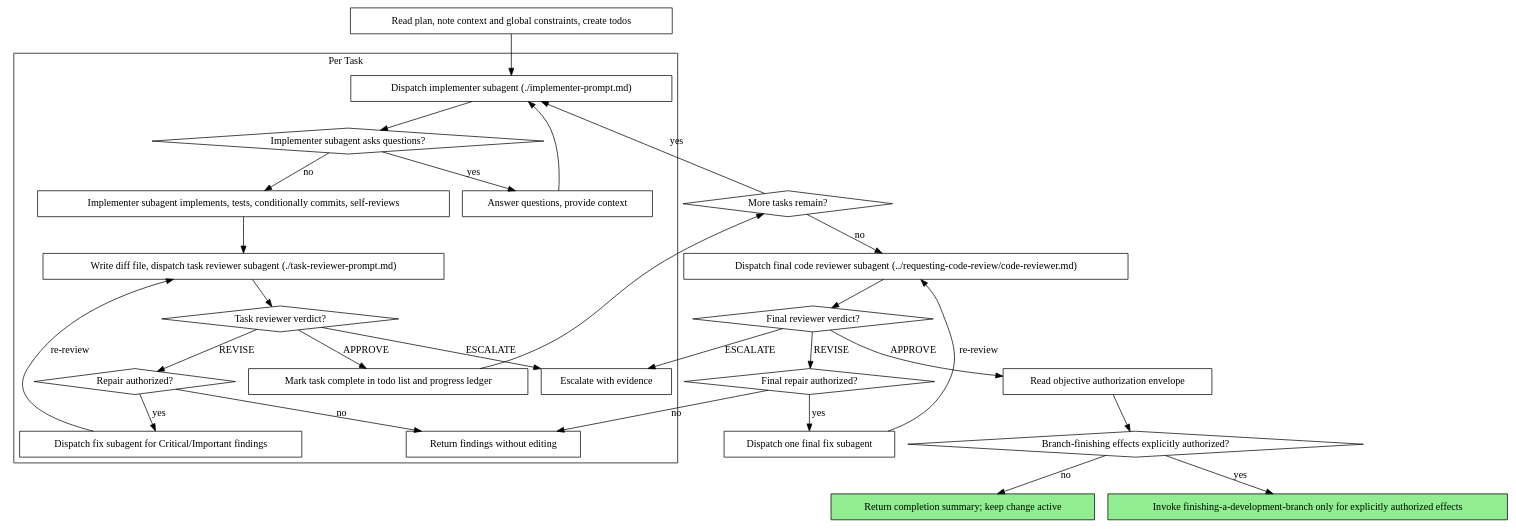
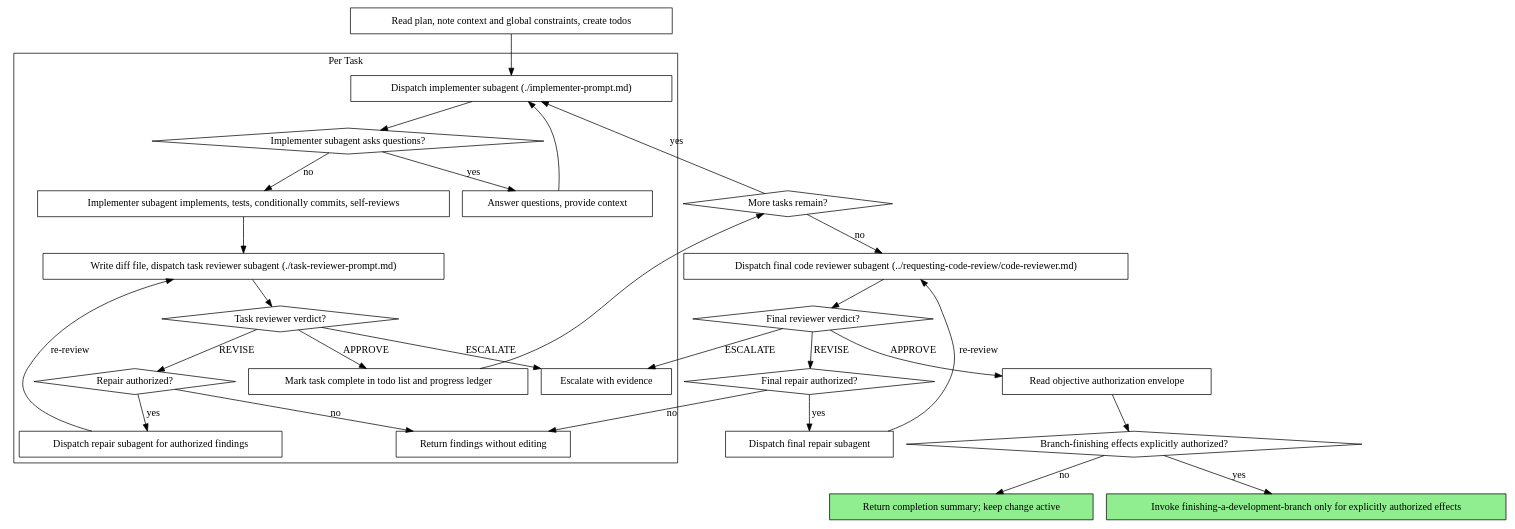
One commit to asjayli/Forgevia changed the second of 2 diagrams in assets/claude/superpowers/skills/subagent-driven-development/SKILL.md. Above: the diagram before and after it, drawn with Graphviz. The commit also changed other lines of this file and 55 other files, not shown here.

````diff
--- a/assets/claude/superpowers/skills/subagent-driven-development/SKILL.md
+++ b/assets/claude/superpowers/skills/subagent-driven-development/SKILL.md
@@ -47,58 +57,58 @@
 ```dot
 digraph process {
     rankdir=TB;
 
     subgraph cluster_per_task {
         label="Per Task";
         "Dispatch implementer subagent (./implementer-prompt.md)" [shape=box];
         "Implementer subagent asks questions?" [shape=diamond];
         "Answer questions, provide context" [shape=box];
         "Implementer subagent implements, tests, conditionally commits, self-reviews" [shape=box];
         "Write diff file, dispatch task reviewer subagent (./task-reviewer-prompt.md)" [shape=box];
         "Task reviewer verdict?" [shape=diamond];
         "Repair authorized?" [shape=diamond];
-        "Dispatch fix subagent for Critical/Important findings" [shape=box];
+        "Dispatch repair subagent for authorized findings" [shape=box];
         "Return findings without editing" [shape=box];
         "Escalate with evidence" [shape=box];
         "Mark task complete in todo list and progress ledger" [shape=box];
     }
 
     "Read plan, note context and global constraints, create todos" [shape=box];
     "More tasks remain?" [shape=diamond];
     "Dispatch final code reviewer subagent (../requesting-code-review/code-reviewer.md)" [shape=box];
     "Final reviewer verdict?" [shape=diamond];
     "Final repair authorized?" [shape=diamond];
-    "Dispatch one final fix subagent" [shape=box];
+    "Dispatch final repair subagent" [shape=box];
     "Read objective authorization envelope" [shape=box];
     "Branch-finishing effects explicitly authorized?" [shape=diamond];
     "Return completion summary; keep change active" [shape=box style=filled fillcolor=lightgreen];
     "Invoke finishing-a-development-branch only for explicitly authorized effects" [shape=box style=filled fillcolor=lightgreen];
 
     "Read plan, note context and global constraints, create todos" -> "Dispatch implementer subagent (./implementer-prompt.md)";
     "Dispatch implementer subagent (./implementer-prompt.md)" -> "Implementer subagent asks questions?";
     "Implementer subagent asks questions?" -> "Answer questions, provide context" [label="yes"];
     "Answer questions, provide context" -> "Dispatch implementer subagent (./implementer-prompt.md)";
     "Implementer subagent asks questions?" -> "Implementer subagent implements, tests, conditionally commits, self-reviews" [label="no"];
     "Implementer subagent implements, tests, conditionally commits, self-reviews" -> "Write diff file, dispatch task reviewer subagent (./task-reviewer-prompt.md)";
     "Write diff file, dispatch task reviewer subagent (./task-reviewer-prompt.md)" -> "Task reviewer verdict?";
     "Task reviewer verdict?" -> "Repair authorized?" [label="REVISE"];
-    "Repair authorized?" -> "Dispatch fix subagent for Critical/Important findings" [label="yes"];
+    "Repair authorized?" -> "Dispatch repair subagent for authorized findings" [label="yes"];
     "Repair authorized?" -> "Return findings without editing" [label="no"];
     "Task reviewer verdict?" -> "Escalate with evidence" [label="ESCALATE"];
-    "Dispatch fix subagent for Critical/Important findings" -> "Write diff file, dispatch task reviewer subagent (./task-reviewer-prompt.md)" [label="re-review"];
+    "Dispatch repair subagent for authorized findings" -> "Write diff file, dispatch task reviewer subagent (./task-reviewer-prompt.md)" [label="re-review"];
     "Task reviewer verdict?" -> "Mark task complete in todo list and progress ledger" [label="APPROVE"];
     "Mark task complete in todo list and progress ledger" -> "More tasks remain?";
     "More tasks remain?" -> "Dispatch implementer subagent (./implementer-prompt.md)" [label="yes"];
     "More tasks remain?" -> "Dispatch final code reviewer subagent (../requesting-code-review/code-reviewer.md)" [label="no"];
     "Dispatch final code reviewer subagent (../requesting-code-review/code-reviewer.md)" -> "Final reviewer verdict?";
     "Final reviewer verdict?" -> "Read objective authorization envelope" [label="APPROVE"];
     "Read objective authorization envelope" -> "Branch-finishing effects explicitly authorized?";
     "Branch-finishing effects explicitly authorized?" -> "Invoke finishing-a-development-branch only for explicitly authorized effects" [label="yes"];
     "Branch-finishing effects explicitly authorized?" -> "Return completion summary; keep change active" [label="no"];
     "Final reviewer verdict?" -> "Final repair authorized?" [label="REVISE"];
     "Final reviewer verdict?" -> "Escalate with evidence" [label="ESCALATE"];
-    "Final repair authorized?" -> "Dispatch one final fix subagent" [label="yes"];
+    "Final repair authorized?" -> "Dispatch final repair subagent" [label="yes"];
     "Final repair authorized?" -> "Return findings without editing" [label="no"];
-    "Dispatch one final fix subagent" -> "Dispatch final code reviewer subagent (../requesting-code-review/code-reviewer.md)" [label="re-review"];
+    "Dispatch final repair subagent" -> "Dispatch final code reviewer subagent (../requesting-code-review/code-reviewer.md)" [label="re-review"];
 }
 ```
````
